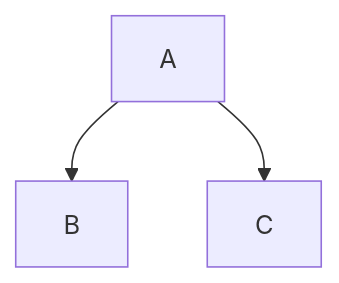
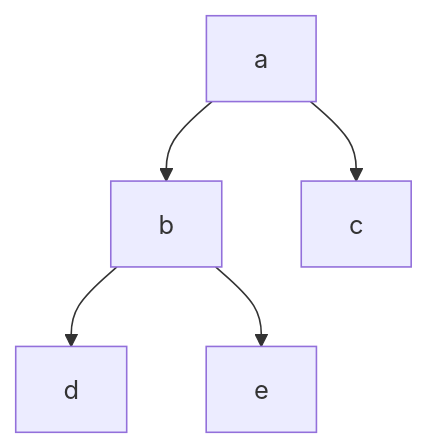
The second of 6 diagrams in site/content/pages/abdul bari algorithms part-2.md (briansunter/graph), drawn with Mermaid before and after one commit. The commit also changed other lines of this file and 8 other files, not shown here.

````diff
--- a/site/content/pages/abdul bari algorithms part-2.md
+++ b/site/content/pages/abdul bari algorithms part-2.md
@@ -1082,5 +1131,7 @@
 ```mermaid
-graph TD;
-A-->B;
-A-->C;
+graph TD
+a-->b
+a-->c
+b-->d
+b-->e
 ```
````
